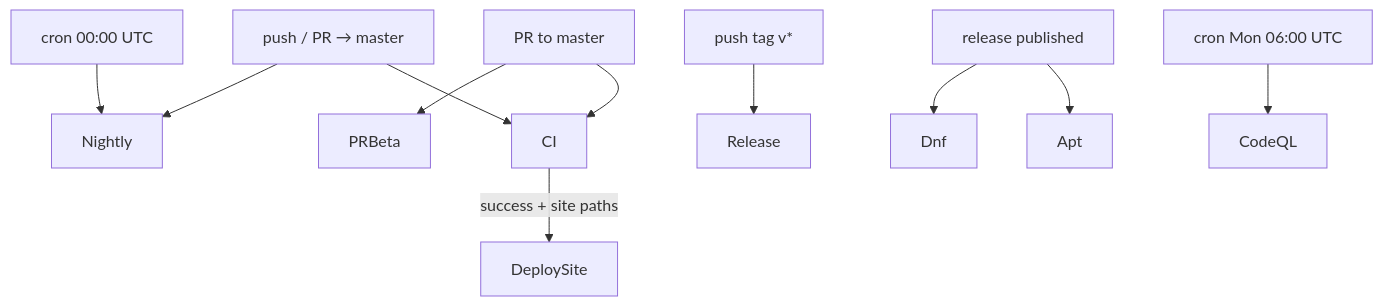
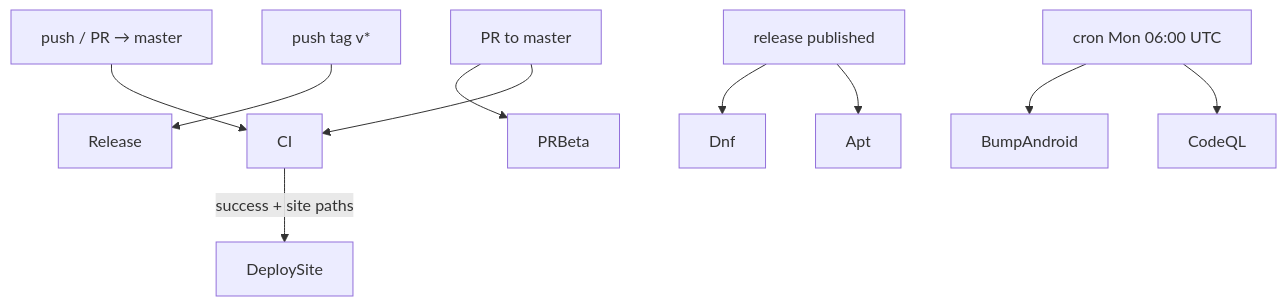
The first of 4 diagrams in docs/developer/ci.md (themadorg/bedrud), drawn with Mermaid before and after one commit. The commit also changed other lines of this file, not shown here.

````diff
--- a/docs/developer/ci.md
+++ b/docs/developer/ci.md
@@ -9,19 +9,17 @@
 ```mermaid
 flowchart TB
   push["push / PR → master"]
   tag["push tag v*"]
-  cronN["cron 00:00 UTC"]
   cronQ["cron Mon 06:00 UTC"]
   relPub["release published"]
 
   push --> CI
-  push --> Nightly
-  cronN --> Nightly
   CI -->|success + site paths| DeploySite
   tag --> Release
   relPub --> Apt
   relPub --> Dnf
   cronQ --> CodeQL
+  cronQ --> BumpAndroid
   PR["PR to master"] --> CI
   PR --> PRBeta
 ```
````
